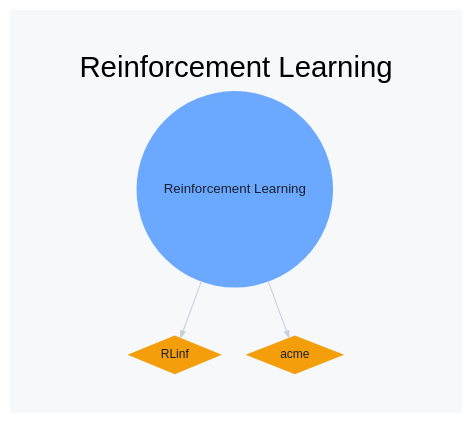
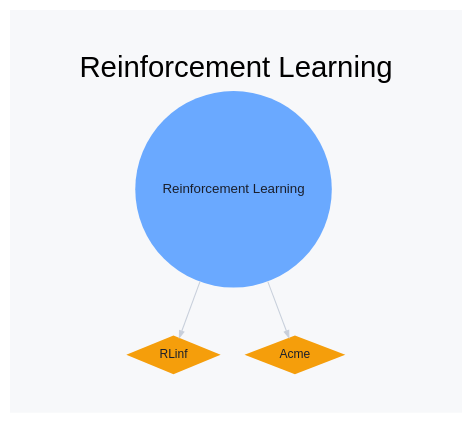
Before and after one commit to danielrosehill/Agentic-AI-Ecosystem: the diagram in snapshots/2026-04-09/segments/reinforcement-learning.dot, drawn with Graphviz. The commit also changed 272 other files, not shown here.

```diff
--- a/snapshots/2026-04-09/segments/reinforcement-learning.dot
+++ b/snapshots/2026-04-09/segments/reinforcement-learning.dot
@@ -1,10 +1,10 @@
 digraph G {
   graph [layout=dot, overlap=false, splines=true, bgcolor="#f7f8fa", fontname="Helvetica", labelloc="t", label="Reinforcement Learning", fontsize=22, pad=0.4];
   node [fontname="Helvetica", style="filled", penwidth=0, fontcolor="#1a1f2c"];
   edge [color="#c8cfdb", arrowsize=0.5, penwidth=0.8];
   "cat:reinforcement-learning" [label="Reinforcement Learning", shape=circle, fillcolor="#6aa9ff", width=0.64, height=0.64, fontsize=10, tooltip="RL frameworks and environments used to train agentic behaviour."];
   "proj:rlinf" [label="RLinf", shape=diamond, fillcolor="#f59e0b", width=0.40, height=0.40, fontsize=9, tooltip="https://github.com/RLinf/RLinf", URL="https://github.com/RLinf/RLinf"];
-  "proj:acme" [label="acme", shape=diamond, fillcolor="#f59e0b", width=0.40, height=0.40, fontsize=9, tooltip="https://github.com/google-deepmind/acme", URL="https://github.com/google-deepmind/acme"];
+  "proj:acme" [label="Acme", shape=diamond, fillcolor="#f59e0b", width=0.40, height=0.40, fontsize=9, tooltip="https://github.com/google-deepmind/acme", URL="https://github.com/google-deepmind/acme"];
   "cat:reinforcement-learning" -> "proj:rlinf";
   "cat:reinforcement-learning" -> "proj:acme";
 }
```
